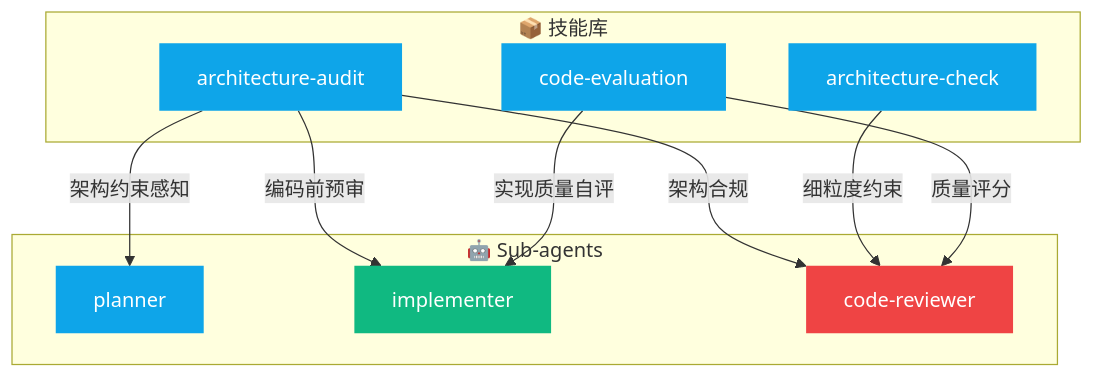
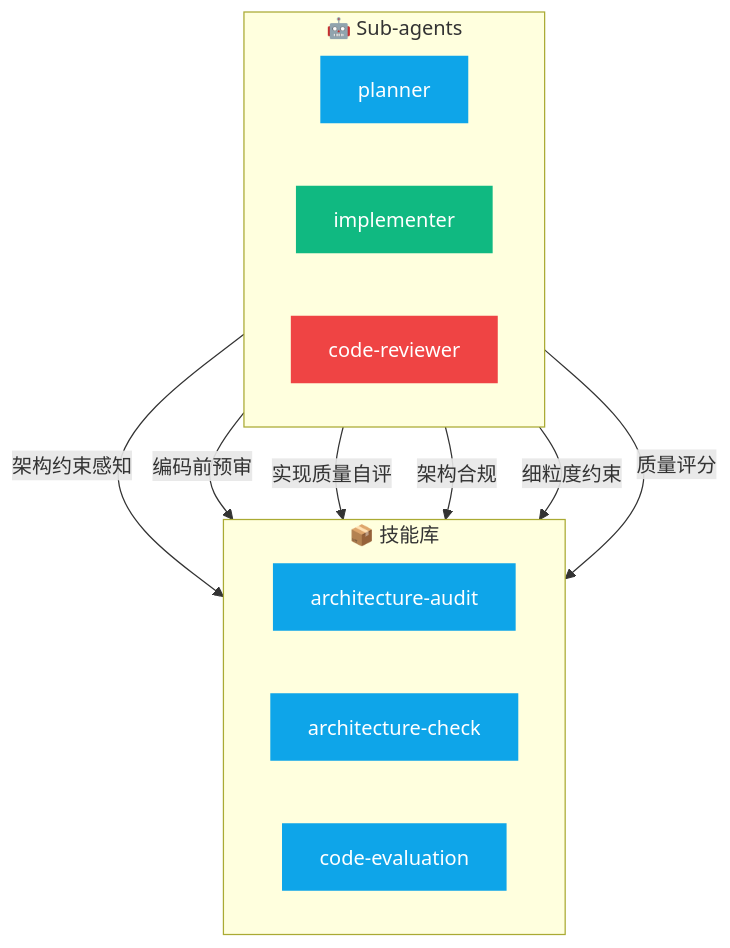
The third of 3 diagrams in README.md (Kucell/cortex-agent), drawn with Mermaid before and after one commit. The commit also changed 1 other file, not shown here.

Commit message:
fix(docs): 技能挂载图改为纵向两块布局
graph TB + direction LR，两个 subgraph 上下叠放：
Sub-agents 块在上，Skills 块在下，箭头从上往下指向
去掉 researcher/documenter 的自环箭头，改为节点内标注

Made-with: Cursor

````diff
--- a/README.md
+++ b/README.md
@@ -198,28 +198,30 @@
 ```mermaid
-graph TD
+graph TB
+    subgraph Agents["🤖 Sub-agents"]
+        direction LR
+        PL[planner]
+        IM[implementer]
+        CR[code-reviewer]
+    end
+
     subgraph Skills["📦 技能库"]
+        direction LR
         AA[architecture-audit]
         AC[architecture-check]
         CE[code-evaluation]
     end
 
-    subgraph Agents["🤖 Sub-agents"]
-        PL2[planner]
-        IM2[implementer]
-        CR2[code-reviewer]
-    end
+    PL -->|架构约束感知| AA
+    IM -->|编码前预审| AA
+    IM -->|实现质量自评| CE
+    CR -->|架构合规| AA
+    CR -->|细粒度约束| AC
+    CR -->|质量评分| CE
 
-    AA -->|架构约束感知| PL2
-    AA -->|编码前预审| IM2
-    CE -->|实现质量自评| IM2
-    AA -->|架构合规| CR2
-    AC -->|细粒度约束| CR2
-    CE -->|质量评分| CR2
-
+    style PL fill:#0ea5e9,color:#fff,stroke:none
+    style IM fill:#10b981,color:#fff,stroke:none
+    style CR fill:#ef4444,color:#fff,stroke:none
     style AA fill:#0ea5e9,color:#fff,stroke:none
     style AC fill:#0ea5e9,color:#fff,stroke:none
     style CE fill:#0ea5e9,color:#fff,stroke:none
-    style PL2 fill:#0ea5e9,color:#fff,stroke:none
-    style IM2 fill:#10b981,color:#fff,stroke:none
-    style CR2 fill:#ef4444,color:#fff,stroke:none
 ```
````
